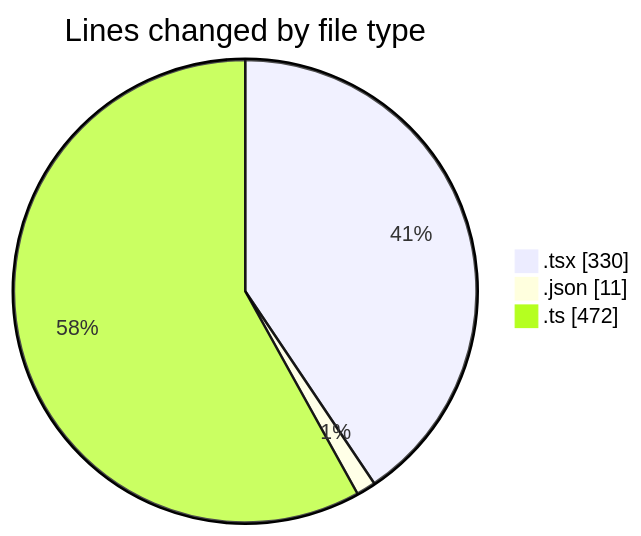
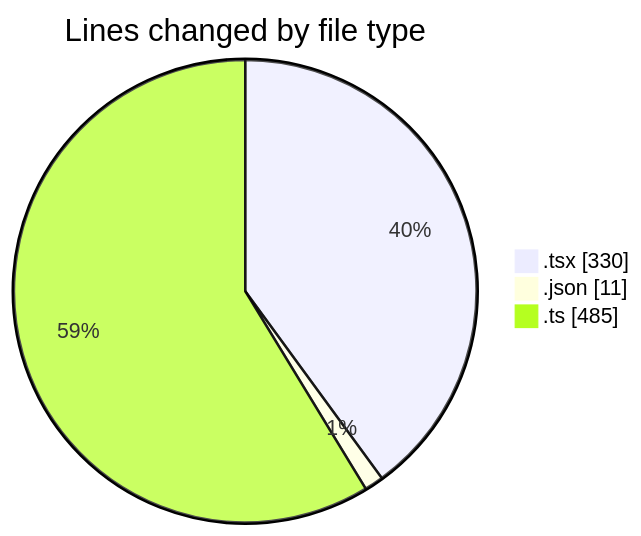
One commit to momahboobian/code-tracking changed the first of 2 diagrams in 2025-05-12/cda/README.md. Above: the diagram before and after it, drawn with Mermaid. The commit also changed other lines of this file and 1 other file, not shown here.

````diff
--- a/2025-05-12/cda/README.md
+++ b/2025-05-12/cda/README.md
@@ -31,7 +31,7 @@
 ```mermaid
 pie showData
 title Lines changed by file type
 ".tsx" : 330
 ".json" : 11
-".ts" : 472
+".ts" : 485
 ```
````
